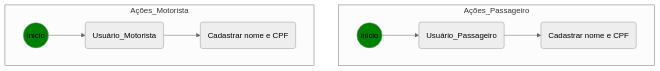
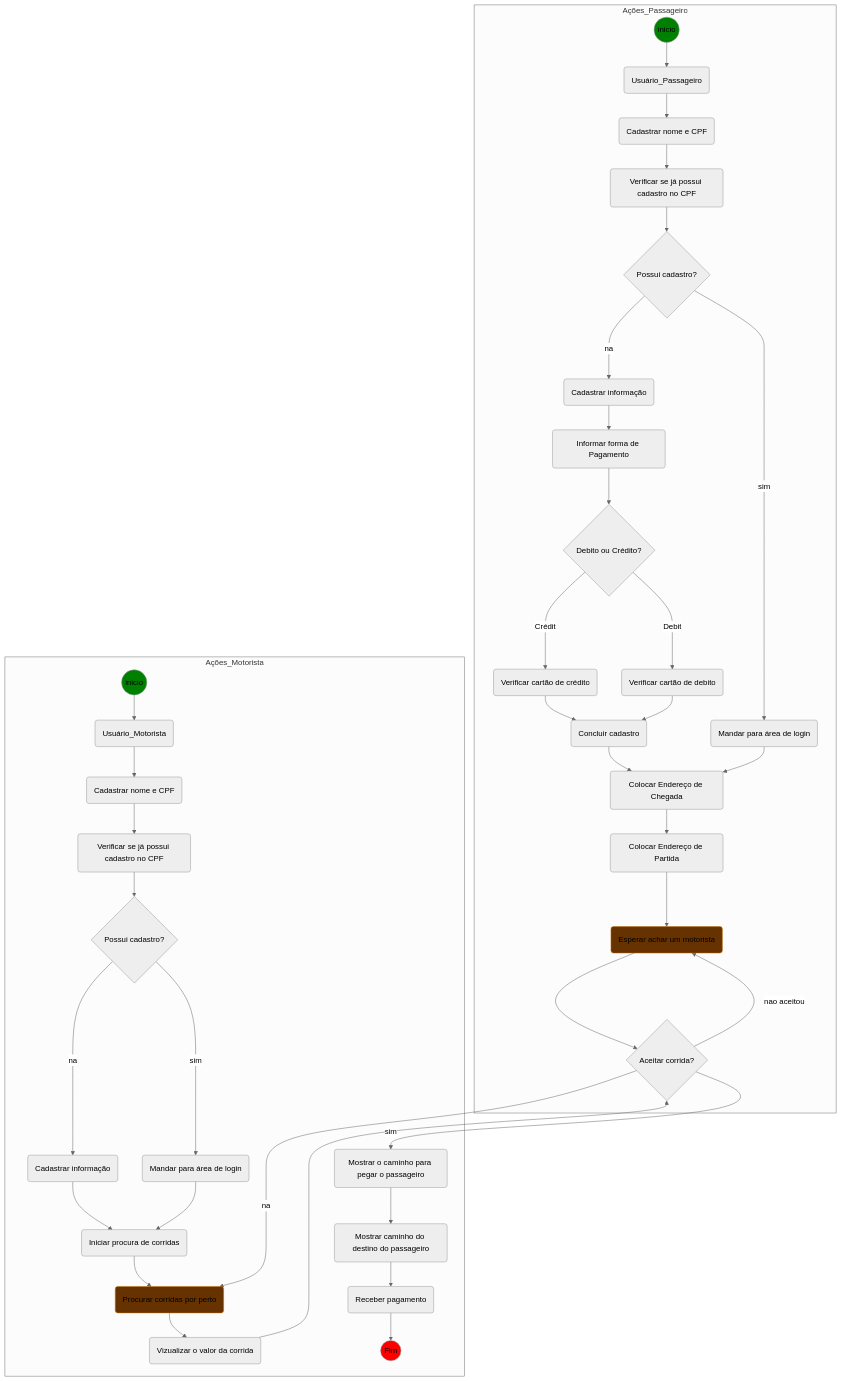
The diagram in README.md (WillianHidekiGG/Estudo_Diagrama_Aplicativo_de_Viagem), drawn with Mermaid (neutral theme) before and after one commit.

````diff
--- a/README.md
+++ b/README.md
@@ -4,26 +4,82 @@
 ```mermaid
 flowchart TD;
 
     inicio_P((inicio))
     style inicio_P fill:green
     
 subgraph Ações_Passageiro
 
     usuario_P(Usuário_Passageiro)
+    cadastrarDados_P(Cadastrar nome e CPF)
+    verDados_P(Verificar se já possui cadastro no CPF)
+    decisao_P{Possui cadastro?}
+    login_P(Mandar para área de login)
+    cadastrarInfo_P(Cadastrar informação)
+    informarPagamento(Informar forma de Pagamento)
+    cartoes{Debito ou Crédito?}
+    verC_Crédito(Verificar cartão de crédito)
+    verC_Debito(Verificar cartão de debito)
+    concluirCadastro_P(Concluir cadastro)
+    enderecoPartida_P(Colocar Endereço de Partida)
+    enderecoChegada_P(Colocar Endereço de Chegada)
+    procurarMotorista(Esperar achar um motorista)
+    style procurarMotorista fill:#663300,stroke:#BD7000,stroke-width:1px
 
-    cadastrarDados_P(Cadastrar nome e CPF)
-
-  inicio_P-->usuario_P(Usuário_Passageiro)
-  usuario_P(Usuário_Passageiro)-->cadastrarDados_P(Cadastrar nome e CPF)
-  end
+        inicio_P-->usuario_P
+        usuario_P-->cadastrarDados_P
+        cadastrarDados_P-->verDados_P
+        verDados_P-->decisao_P
+        decisao_P--sim-->login_P
+        decisao_P--nao-->cadastrarInfo_P
+        cadastrarInfo_P-->informarPagamento
+        informarPagamento-->cartoes
+        cartoes--Crédito-->verC_Crédito  
+        cartoes--Debito-->verC_Debito 
+        verC_Crédito  & verC_Debito-->concluirCadastro_P
+        concluirCadastro_P & login_P-->enderecoChegada_P
+        enderecoChegada_P-->enderecoPartida_P
+        enderecoPartida_P-->procurarMotorista
+        aceitarCorrida--nao aceitou-->procurarMotorista
+end
 
 
 subgraph Ações_Motorista
-inicio_M((inicio))
+    inicio_M((inicio))
     style inicio_M fill:green
-cadastrarDados_M(Cadastrar nome e CPF)
-   inicio_M-->usuario_M(Usuário_Motorista)
-    usuario_M(Usuário_Motorista)-->cadastrarDados_M(Cadastrar nome e CPF)
+    usuario_M(Usuário_Motorista)
+    cadastrarDados_M(Cadastrar nome e CPF)
+    verDados_M(Verificar se já possui cadastro no CPF)
+    decisao_M{Possui cadastro?}
+    login_M(Mandar para área de login)
+    cadastrarInfo_M(Cadastrar informação)
+    iniciarProcura(Iniciar procura de corridas)
+    procurarCorridas(Procurar corridas por perto)
+    style procurarCorridas fill:#663300,stroke:#BD7000,stroke-width:1px
+    valorCorrida(Vizualizar o valor da corrida)
+    pontoPassageiro(Mostrar o caminho para pegar o passageiro)
+    destinoPassageiro(Mostrar caminho do destino do passageiro)
+    receberPagamento(Receber pagamento)
+    fim((Fim))
+    style fim fill:red
 
+        inicio_M-->usuario_M
+        usuario_M-->cadastrarDados_M
+        cadastrarDados_M-->verDados_M
+        verDados_M-->decisao_M
+        decisao_M--sim-->login_M
+        decisao_M--nao-->cadastrarInfo_M
+        cadastrarInfo_M & login_M-->iniciarProcura
+        iniciarProcura-->procurarCorridas
+        procurarCorridas-->valorCorrida
+        aceitarCorrida--nao-->procurarCorridas
+        aceitarCorrida--sim-->pontoPassageiro
+        pontoPassageiro-->destinoPassageiro
+        destinoPassageiro-->receberPagamento
+        receberPagamento-->fim
+        
 end
+        aceitarCorrida{Aceitar corrida?}
+        valorCorrida-->aceitarCorrida
+        procurarMotorista-->aceitarCorrida
+
 ```
````
